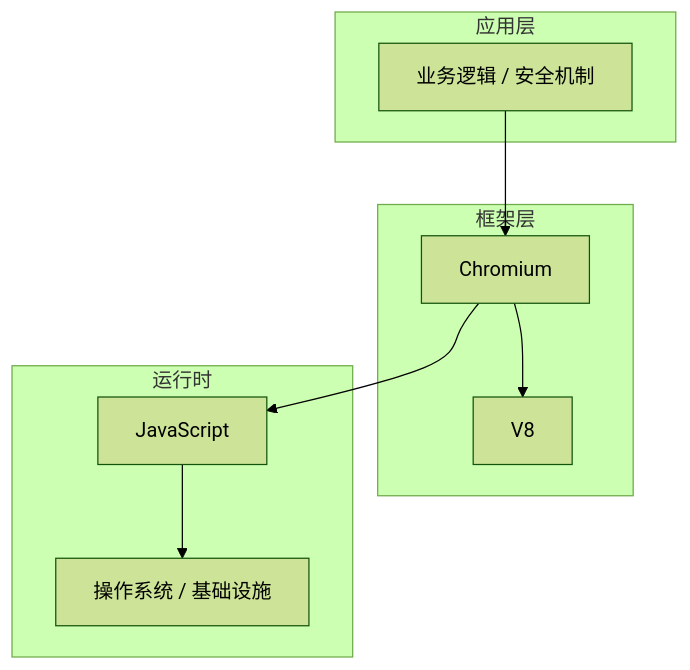
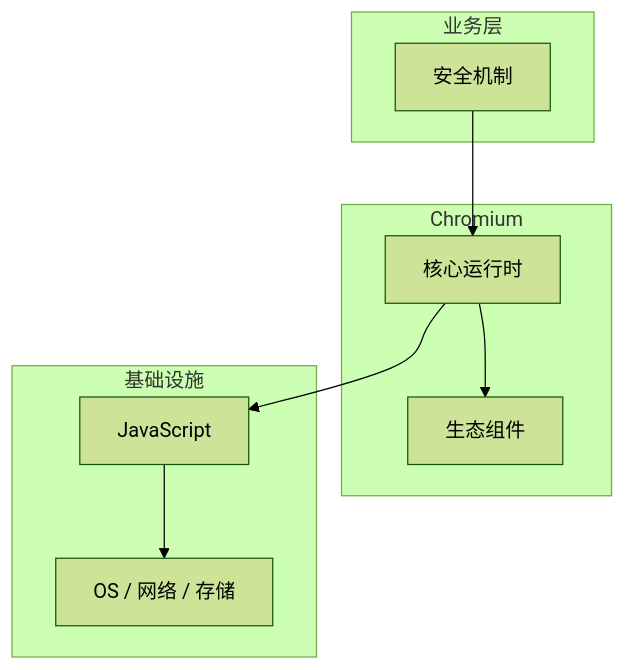
The diagram in articles/浏览器原理/chapters/067-安全机制核心概念与原理.md (yanggan2015/knowledge-json-v2), drawn with Mermaid (forest theme) before and after one commit. The commit also changed other lines of this file and 10127 other files, not shown here.

````diff
--- a/articles/浏览器原理/chapters/067-安全机制核心概念与原理.md
+++ b/articles/浏览器原理/chapters/067-安全机制核心概念与原理.md
@@ -45,18 +34,18 @@
 ```mermaid
 graph TB
-    subgraph 应用层
-        A[业务逻辑 / 安全机制]
+    subgraph 业务层
+        A[安全机制]
     end
-    subgraph 框架层
-        B[Chromium]
-        C[V8]
+    subgraph Chromium
+        B[核心运行时]
+        C[生态组件]
     end
-    subgraph 运行时
+    subgraph 基础设施
         D[JavaScript]
-        E[操作系统 / 基础设施]
+        E[OS / 网络 / 存储]
     end
     A --> B
     B --> C
     B --> D
     D --> E
 ```
````
